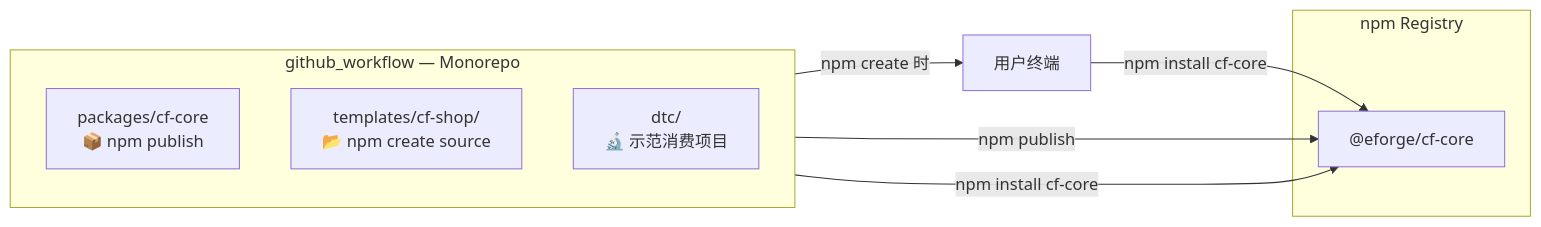
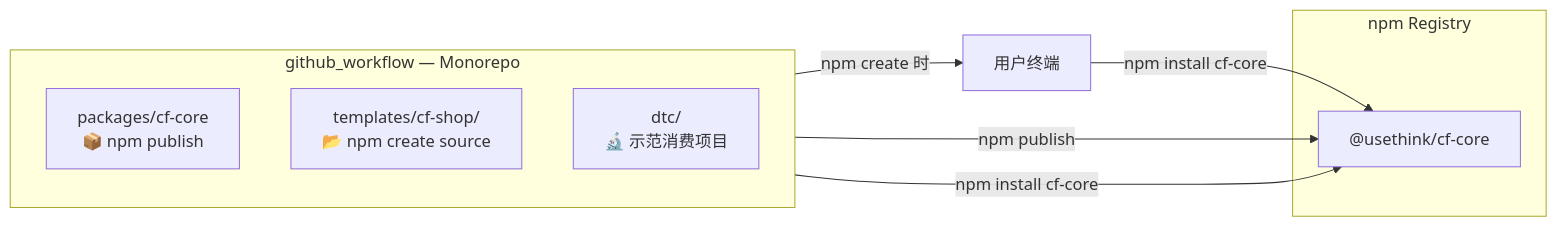
Before and after one commit to qwdingyu/github_workflow: the diagram in docs/arch/005_仓库重组方案与monorepo标准化分析.md, drawn with Mermaid. The commit also changed other lines of this file and 38 other files, not shown here.

````diff
--- a/docs/arch/005_仓库重组方案与monorepo标准化分析.md
+++ b/docs/arch/005_仓库重组方案与monorepo标准化分析.md
@@ -257,18 +257,18 @@
 ```mermaid
 flowchart LR
     subgraph GitHub_Repo [github_workflow — Monorepo]
         direction TB
         Pkg["packages/cf-core<br>📦 npm publish"]
         Tmpl["templates/cf-shop/<br>📂 npm create source"]
         Dtc["dtc/<br>🔬 示范消费项目"]
     end
 
     subgraph npm_Registry [npm Registry]
-        CorePkg["@eforge/cf-core"]
+        CorePkg["@usethink/cf-core"]
     end
 
     Pkg -->|npm publish| CorePkg
     Tmpl -->|npm create 时| User1["用户终端"]
     Dtc -->|npm install cf-core| CorePkg
     User1 -->|npm install cf-core| CorePkg
 ```
````
